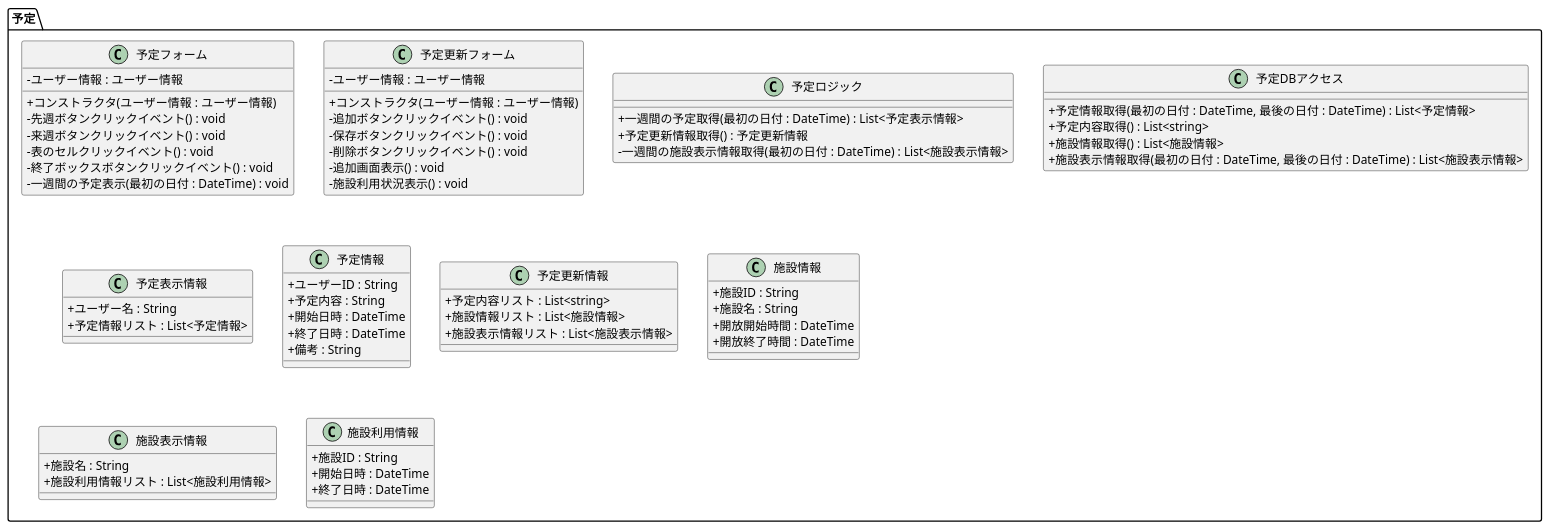
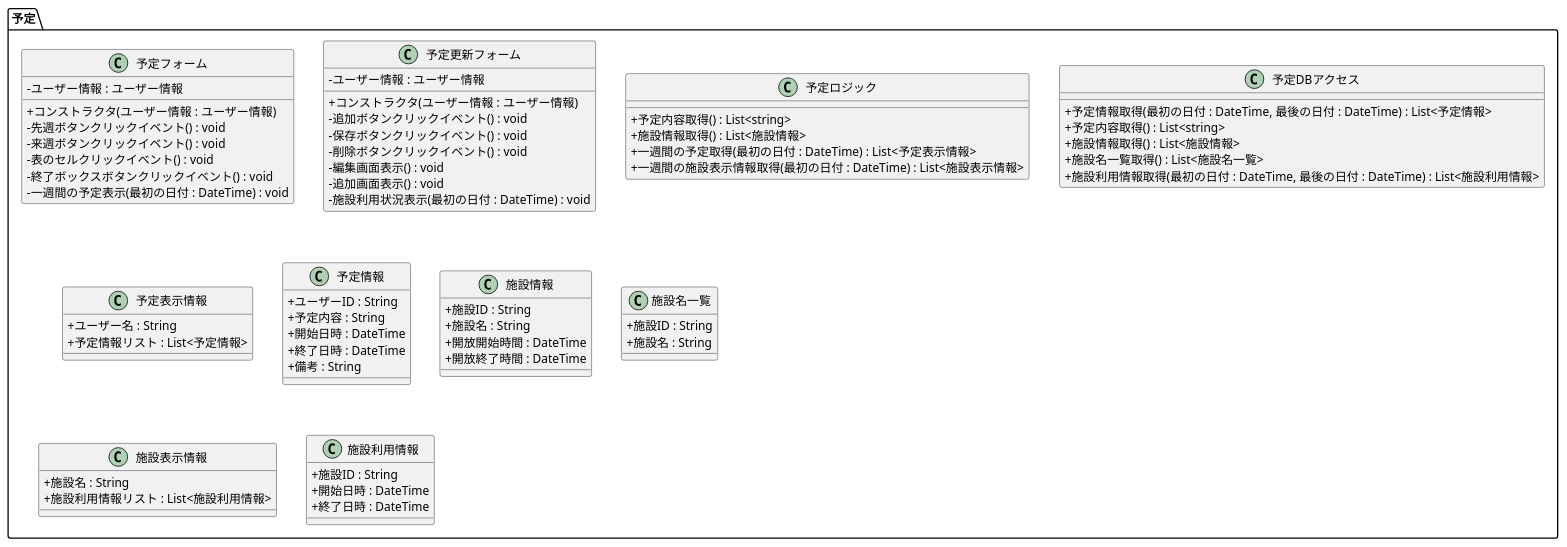
Before and after one commit to R-SAIKI/practiceUML: the diagram in クラス図/予定.pu, drawn with PlantUML. The commit also changed 7 other files, not shown here.

```diff
--- a/クラス図/予定.pu
+++ b/クラス図/予定.pu
@@ -1,77 +1,79 @@
 @startuml
 
 skinparam classAttributeIconSize 0
 
 namespace 予定 #FFFFFF {
   class 予定フォーム {
     - ユーザー情報 : ユーザー情報
     + コンストラクタ(ユーザー情報 : ユーザー情報)
     - 先週ボタンクリックイベント() : void
     - 来週ボタンクリックイベント() : void
     - 表のセルクリックイベント() : void
     - 終了ボックスボタンクリックイベント() : void
     - 一週間の予定表示(最初の日付 : DateTime) : void
   }
   
   class 予定更新フォーム {
     - ユーザー情報 : ユーザー情報
     + コンストラクタ(ユーザー情報 : ユーザー情報)
     - 追加ボタンクリックイベント() : void
     - 保存ボタンクリックイベント() : void
     - 削除ボタンクリックイベント() : void
+    - 編集画面表示() : void
     - 追加画面表示() : void
-    - 施設利用状況表示() : void
+    - 施設利用状況表示(最初の日付 : DateTime) : void
   }
 
   class 予定ロジック {
+    + 予定内容取得() : List<string>
+    + 施設情報取得() : List<施設情報>
     + 一週間の予定取得(最初の日付 : DateTime) : List<予定表示情報>
-    + 予定更新情報取得() : 予定更新情報
-    - 一週間の施設表示情報取得(最初の日付 : DateTime) : List<施設表示情報>
+    + 一週間の施設表示情報取得(最初の日付 : DateTime) : List<施設表示情報>
   }
   
   class 予定DBアクセス {
     + 予定情報取得(最初の日付 : DateTime, 最後の日付 : DateTime) : List<予定情報>
     + 予定内容取得() : List<string>
     + 施設情報取得() : List<施設情報>
-    + 施設表示情報取得(最初の日付 : DateTime, 最後の日付 : DateTime) : List<施設表示情報>
+    + 施設名一覧取得() : List<施設名一覧>
+    + 施設利用情報取得(最初の日付 : DateTime, 最後の日付 : DateTime) : List<施設利用情報>
   }
 
   class 予定表示情報 {
      + ユーザー名 : String
      + 予定情報リスト : List<予定情報>
   }
 
   class 予定情報 {
      + ユーザーID : String
      + 予定内容 : String
      + 開始日時 : DateTime
      + 終了日時 : DateTime
      + 備考 : String
   }
 
-  class 予定更新情報 {
-     + 予定内容リスト : List<string>
-     + 施設情報リスト : List<施設情報>
-     + 施設表示情報リスト : List<施設表示情報>
-  }
-
   class 施設情報 {
      + 施設ID : String
      + 施設名 : String
      + 開放開始時間 : DateTime
      + 開放終了時間 : DateTime
+  }
+
+  class 施設名一覧 {
+     + 施設ID : String
+     + 施設名 : String
   }
 
   class 施設表示情報 {
      + 施設名 : String
      + 施設利用情報リスト : List<施設利用情報>
   }
 
   class 施設利用情報 {
      + 施設ID : String
      + 開始日時 : DateTime
      + 終了日時 : DateTime
   }
 }
 
 @enduml
```
